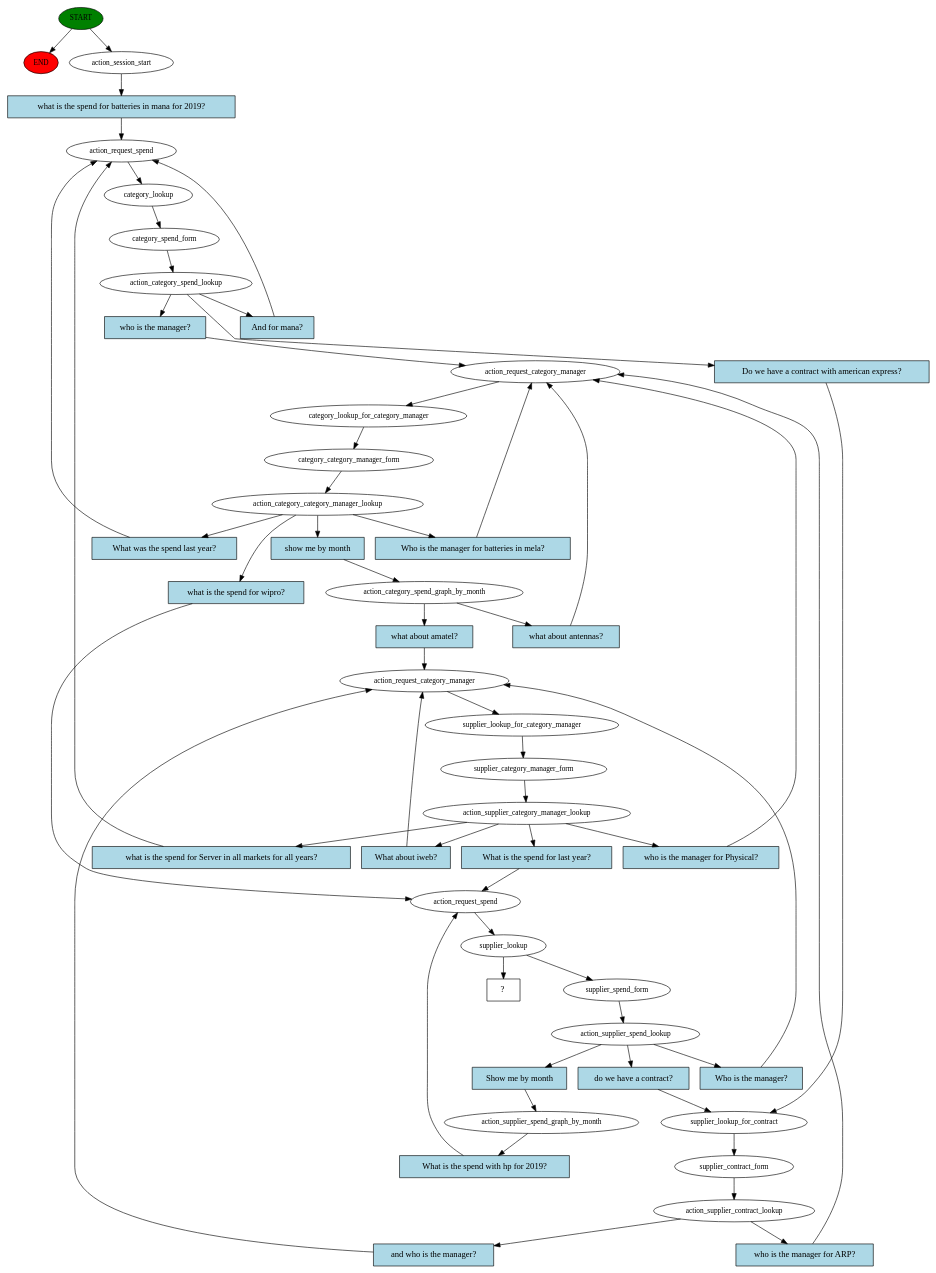
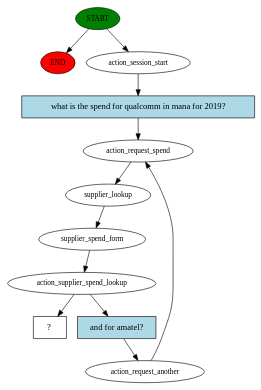
The diagram in story_graph.dot (amb181/AI_Assistant), drawn with Graphviz before and after one commit. The commit also changed 29 other files, not shown here.

```diff
--- a/story_graph.dot
+++ b/story_graph.dot
@@ -1,104 +1,24 @@
 digraph  {
 0 [class="start active", fillcolor=green, fontsize=12, label=START, style=filled];
 "-1" [class=end, fillcolor=red, fontsize=12, label=END, style=filled];
 1 [class=active, fontsize=12, label=action_session_start];
 2 [class=active, fontsize=12, label=action_request_spend];
-3 [class=active, fontsize=12, label=category_lookup];
-4 [class=active, fontsize=12, label=category_spend_form];
-5 [class=active, fontsize=12, label=action_category_spend_lookup];
-6 [class=active, fontsize=12, label=action_request_category_manager];
-7 [class=active, fontsize=12, label=category_lookup_for_category_manager];
-8 [class=active, fontsize=12, label=category_category_manager_form];
-9 [class=active, fontsize=12, label=action_category_category_manager_lookup];
-10 [class=active, fontsize=12, label=action_category_spend_graph_by_month];
-11 [class=active, fontsize=12, label=action_request_category_manager];
-12 [class=active, fontsize=12, label=supplier_lookup_for_category_manager];
-13 [class=active, fontsize=12, label=supplier_category_manager_form];
-14 [class=active, fontsize=12, label=action_supplier_category_manager_lookup];
-15 [class=active, fontsize=12, label=action_request_spend];
-16 [class=active, fontsize=12, label=supplier_lookup];
-17 [class=active, fontsize=12, label=supplier_spend_form];
-18 [class=active, fontsize=12, label=action_supplier_spend_lookup];
-19 [class=active, fontsize=12, label=supplier_lookup_for_contract];
-20 [class=active, fontsize=12, label=supplier_contract_form];
-21 [class=active, fontsize=12, label=action_supplier_contract_lookup];
-53 [class=active, fontsize=12, label=action_supplier_spend_graph_by_month];
-92 [class="intent dashed active", label="  ?  ", shape=rect];
-93 [class="intent active", fillcolor=lightblue, label="what is the spend for batteries in mana for 2019?", shape=rect, style=filled];
-94 [class="intent active", fillcolor=lightblue, label="who is the manager?", shape=rect, style=filled];
-95 [class="intent active", fillcolor=lightblue, label="And for mana?", shape=rect, style=filled];
-96 [class="intent active", fillcolor=lightblue, label="Do we have a contract with american express?", shape=rect, style=filled];
-97 [class="intent active", fillcolor=lightblue, label="show me by month", shape=rect, style=filled];
-98 [class="intent active", fillcolor=lightblue, label="Who is the manager for batteries in mela?", shape=rect, style=filled];
-99 [class="intent active", fillcolor=lightblue, label="What was the spend last year?", shape=rect, style=filled];
-100 [class="intent active", fillcolor=lightblue, label="what is the spend for wipro?", shape=rect, style=filled];
-101 [class="intent active", fillcolor=lightblue, label="what about amatel?", shape=rect, style=filled];
-102 [class="intent active", fillcolor=lightblue, label="what about antennas?", shape=rect, style=filled];
-103 [class="intent active", fillcolor=lightblue, label="What is the spend for last year?", shape=rect, style=filled];
-104 [class="intent active", fillcolor=lightblue, label="What about iweb?", shape=rect, style=filled];
-105 [class="intent active", fillcolor=lightblue, label="what is the spend for Server in all markets for all years?", shape=rect, style=filled];
-106 [class="intent active", fillcolor=lightblue, label="who is the manager for Physical?", shape=rect, style=filled];
-107 [class="intent active", fillcolor=lightblue, label="do we have a contract?", shape=rect, style=filled];
-108 [class="intent active", fillcolor=lightblue, label="Show me by month", shape=rect, style=filled];
-109 [class="intent active", fillcolor=lightblue, label="Who is the manager?", shape=rect, style=filled];
-110 [class="intent active", fillcolor=lightblue, label="who is the manager for ARP?", shape=rect, style=filled];
-111 [class="intent active", fillcolor=lightblue, label="and who is the manager?", shape=rect, style=filled];
-112 [class="intent active", fillcolor=lightblue, label="What is the spend with hp for 2019?", shape=rect, style=filled];
+3 [class=active, fontsize=12, label=supplier_lookup];
+4 [class=active, fontsize=12, label=supplier_spend_form];
+5 [class=active, fontsize=12, label=action_supplier_spend_lookup];
+6 [class=active, fontsize=12, label=action_request_another];
+11 [class="intent dashed active", label="  ?  ", shape=rect];
+12 [class="intent active", fillcolor=lightblue, label="what is the spend for qualcomm in mana for 2019?", shape=rect, style=filled];
+13 [class="intent active", fillcolor=lightblue, label="and for amatel?", shape=rect, style=filled];
 0 -> "-1"  [class="", key=NONE, label=""];
 0 -> 1  [class=active, key=NONE, label=""];
-1 -> 93  [class=active, key=0];
+1 -> 12  [class=active, key=0];
 2 -> 3  [class=active, key=NONE, label=""];
 3 -> 4  [class=active, key=NONE, label=""];
 4 -> 5  [class=active, key=NONE, label=""];
-5 -> 94  [class=active, key=0];
-5 -> 95  [class=active, key=0];
-5 -> 96  [class=active, key=0];
-6 -> 7  [class=active, key=NONE, label=""];
-7 -> 8  [class=active, key=NONE, label=""];
-8 -> 9  [class=active, key=NONE, label=""];
-9 -> 97  [class=active, key=0];
-9 -> 98  [class=active, key=0];
-9 -> 99  [class=active, key=0];
-9 -> 100  [class=active, key=0];
-10 -> 101  [class=active, key=0];
-10 -> 102  [class=active, key=0];
-11 -> 12  [class=active, key=NONE, label=""];
-12 -> 13  [class=active, key=NONE, label=""];
-13 -> 14  [class=active, key=NONE, label=""];
-14 -> 103  [class=active, key=0];
-14 -> 104  [class=active, key=0];
-14 -> 105  [class=active, key=0];
-14 -> 106  [class=active, key=0];
-15 -> 16  [class=active, key=NONE, label=""];
-16 -> 17  [class=active, key=NONE, label=""];
-16 -> 92  [class=active, key=NONE, label=""];
-17 -> 18  [class=active, key=NONE, label=""];
-18 -> 107  [class=active, key=0];
-18 -> 108  [class=active, key=0];
-18 -> 109  [class=active, key=0];
-19 -> 20  [class=active, key=NONE, label=""];
-20 -> 21  [class=active, key=NONE, label=""];
-21 -> 110  [class=active, key=0];
-21 -> 111  [class=active, key=0];
-53 -> 112  [class=active, key=0];
-93 -> 2  [class=active, key=0];
-94 -> 6  [class=active, key=0];
-95 -> 2  [class=active, key=0];
-96 -> 19  [class=active, key=0];
-97 -> 10  [class=active, key=0];
-98 -> 6  [class=active, key=0];
-99 -> 2  [class=active, key=0];
-100 -> 15  [class=active, key=0];
-101 -> 11  [class=active, key=0];
-102 -> 6  [class=active, key=0];
-103 -> 15  [class=active, key=0];
-104 -> 11  [class=active, key=0];
-105 -> 2  [class=active, key=0];
-106 -> 6  [class=active, key=0];
-107 -> 19  [class=active, key=0];
-108 -> 53  [class=active, key=0];
-109 -> 11  [class=active, key=0];
-110 -> 6  [class=active, key=0];
-111 -> 11  [class=active, key=0];
-112 -> 15  [class=active, key=0];
+5 -> 11  [class=active, key=NONE, label=""];
+5 -> 13  [class=active, key=0];
+6 -> 2  [class=active, key=NONE, label=""];
+12 -> 2  [class=active, key=0];
+13 -> 6  [class=active, key=0];
 }
```
